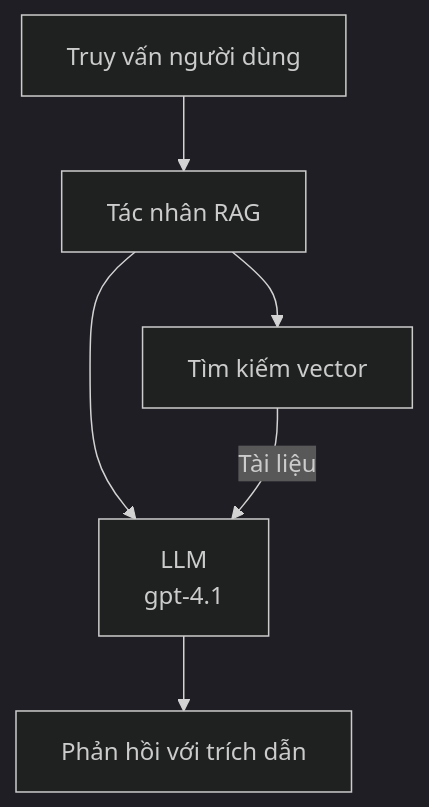
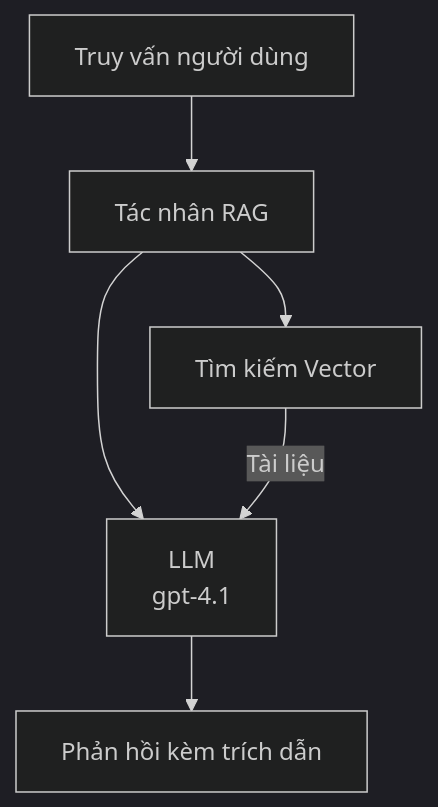
Before and after one commit to microsoft/AZD-for-beginners: the second of 3 diagrams in translations/vi/docs/chapter-02-ai-development/agents.md, drawn with Mermaid (dark theme). The commit also changed other lines of this file and 104 other files, not shown here.

````diff
--- a/translations/vi/docs/chapter-02-ai-development/agents.md
+++ b/translations/vi/docs/chapter-02-ai-development/agents.md
@@ -175,8 +181,8 @@
 ```mermaid
 graph TD
     Query[Truy vấn người dùng] --> RAG[Tác nhân RAG]
-    RAG --> Vector[Tìm kiếm vector]
+    RAG --> Vector[Tìm kiếm Vector]
     RAG --> LLM[LLM<br/>gpt-4.1]
     Vector -- Tài liệu --> LLM
-    LLM --> Response[Phản hồi với trích dẫn]
+    LLM --> Response[Phản hồi kèm trích dẫn]
 ```
````
